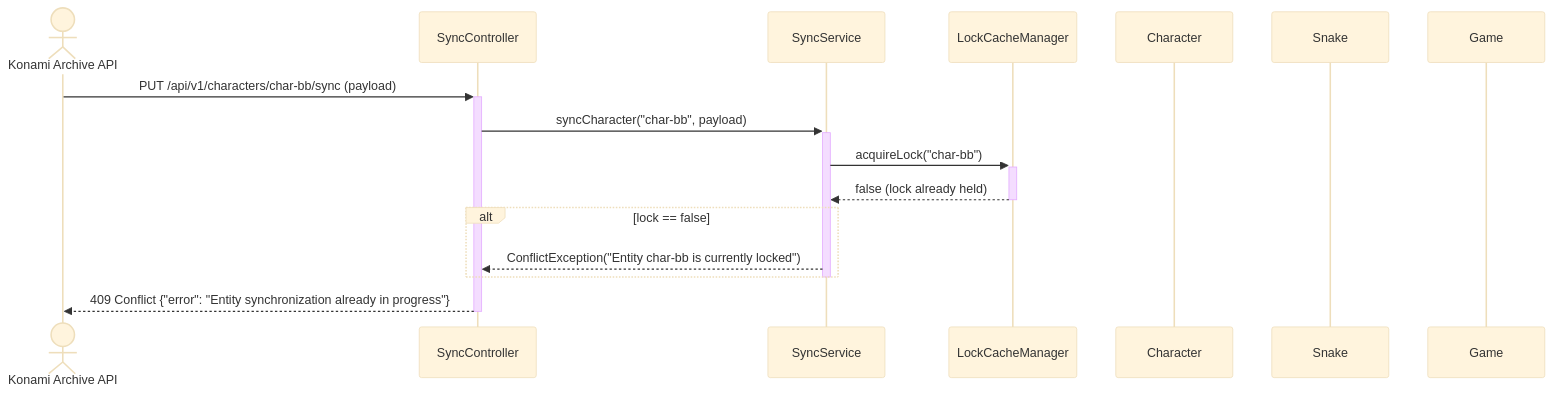
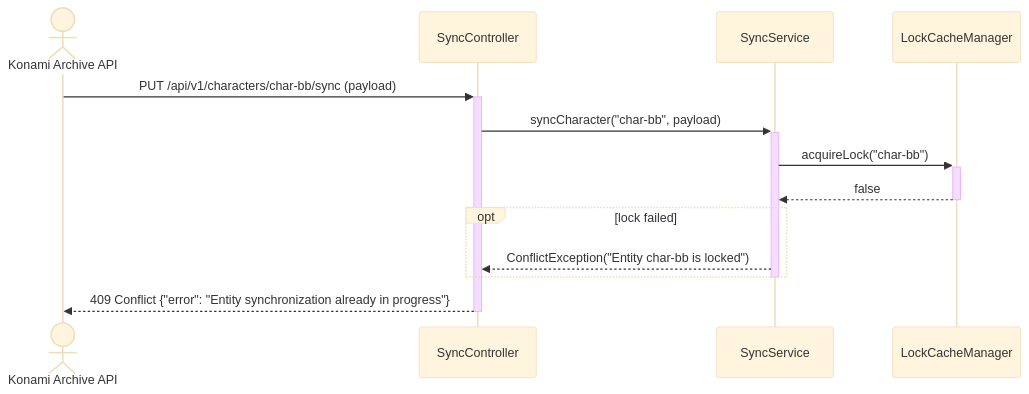
One commit to D1rtyJesus/OP2 changed the third of 4 diagrams in lab3/diagrams.md. Above: the diagram before and after it, drawn with Mermaid (base theme). The commit also changed other lines of this file and 1 other file, not shown here.

````diff
--- a/lab3/diagrams.md
+++ b/lab3/diagrams.md
@@ -92,22 +96,19 @@
 ```mermaid
 sequenceDiagram
     actor API as Konami Archive API
     participant Ctrl as SyncController
     participant Svc as SyncService
     participant LCM as LockCacheManager
-    participant Char as Character
-    participant Snake as Snake
-    participant Game as Game
 
     API->>+Ctrl: PUT /api/v1/characters/char-bb/sync (payload)
     Ctrl->>+Svc: syncCharacter("char-bb", payload)
     Svc->>+LCM: acquireLock("char-bb")
-    LCM-->>-Svc: false (lock already held)
+    LCM-->>-Svc: false
 
-    alt lock == false
-        Svc-->>Ctrl: ConflictException("Entity char-bb is currently locked")
+    opt lock failed
+        Svc-->>Ctrl: ConflictException("Entity char-bb is locked")
     end
 
     deactivate Svc
     Ctrl-->>-API: 409 Conflict {"error": "Entity synchronization already in progress"}
 ```
````
